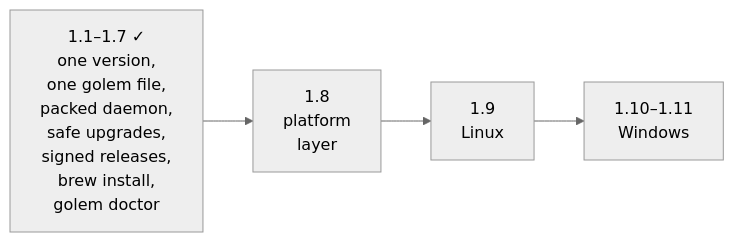
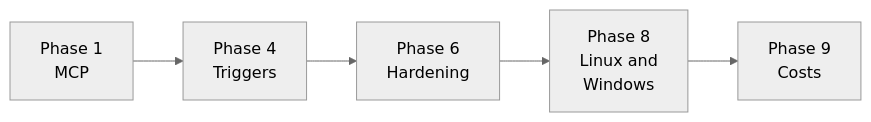
Diagram 13 of 13 in docs/sre.md (MilanPavel/golem), drawn with Mermaid (neutral theme) before and after one commit. The commit also changed other lines of this file and 4 other files, not shown here.

````diff
--- a/docs/sre.md
+++ b/docs/sre.md
@@ -722,4 +722,4 @@
 ```mermaid
 flowchart LR
-  done["1.1–1.7 ✓<br/>one version,<br/>one golem file,<br/>packed daemon,<br/>safe upgrades,<br/>signed releases,<br/>brew install,<br/>golem doctor"] --> s18["1.8<br/>platform<br/>layer"] --> s19["1.9<br/>Linux"] --> s110["1.10–1.11<br/>Windows"]
+  p1["Phase 1<br/>MCP"] --> p4["Phase 4<br/>Triggers"] --> p6["Phase 6<br/>Hardening"] --> p8["Phase 8<br/>Linux and<br/>Windows"] --> p9["Phase 9<br/>Costs"]
 ```
````
